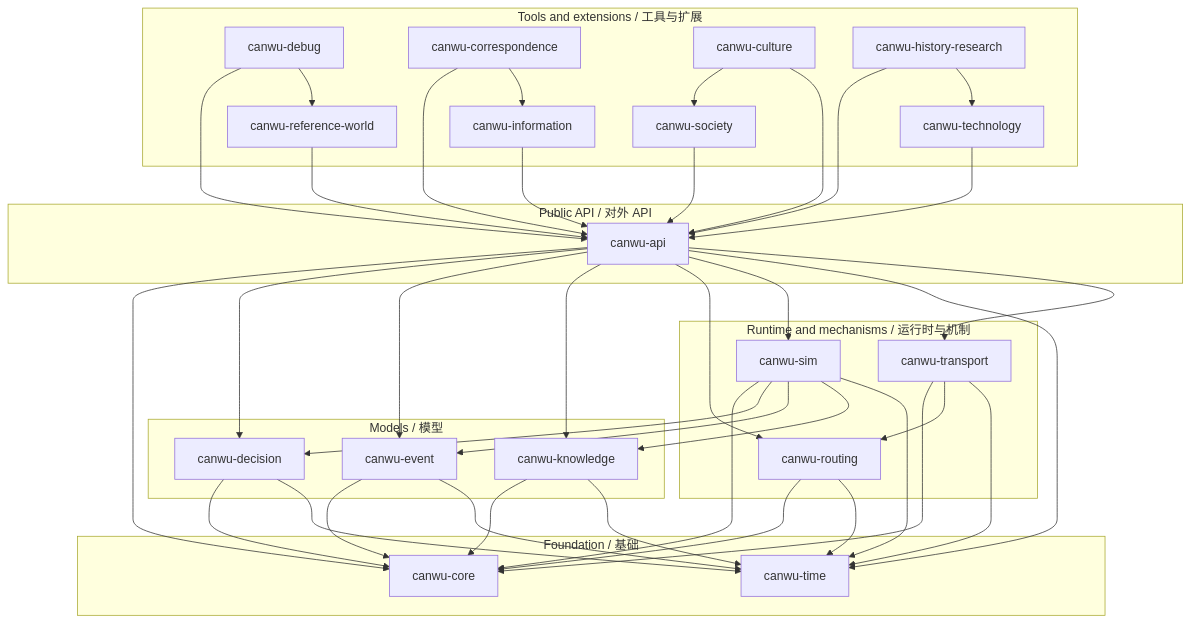
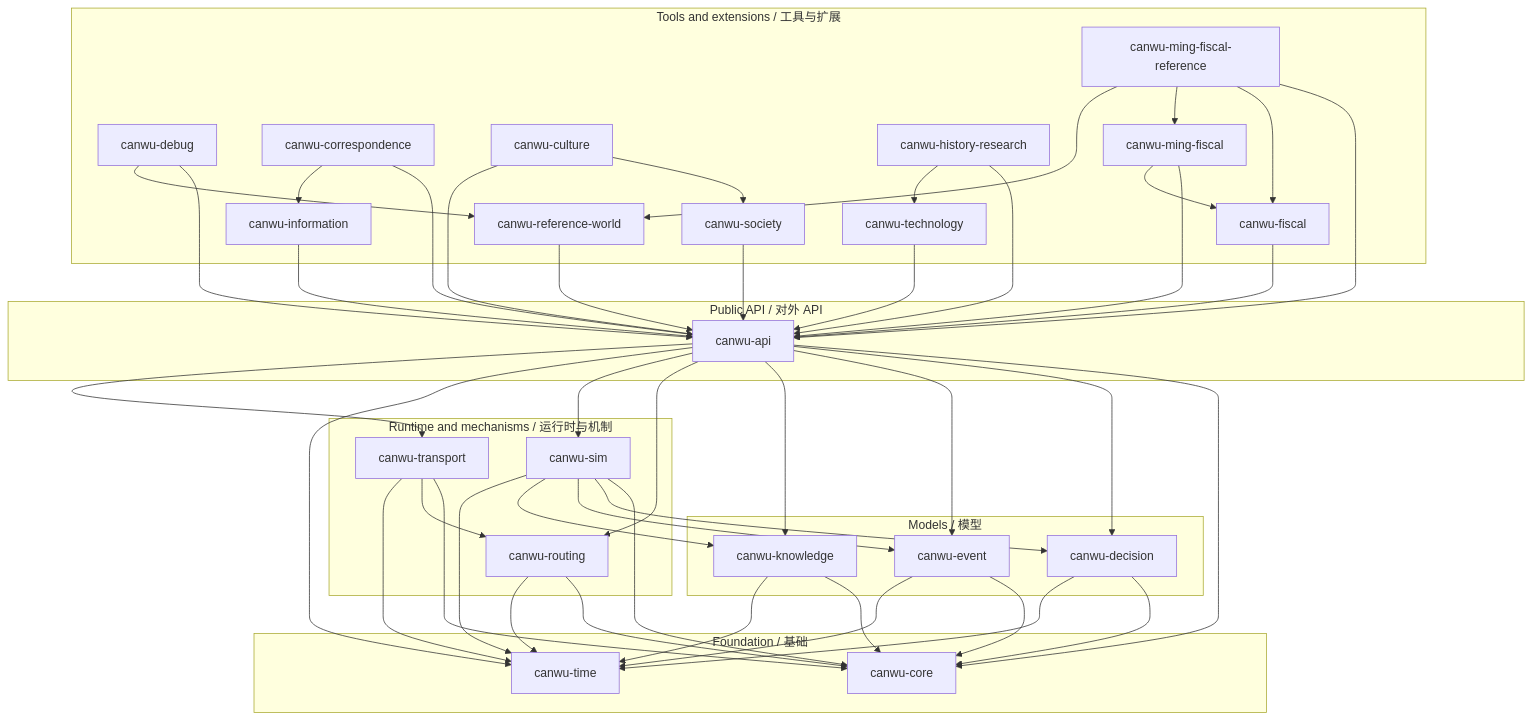
The third of 6 diagrams in docs/architecture.md (PeiyuanQi/canwu), drawn with Mermaid before and after one commit. The commit also changed other lines of this file and 52 other files, not shown here.

Commit message:
feat: add Ming fiscal reference package

```diff
--- a/docs/architecture.md
+++ b/docs/architecture.md
@@ -146,6 +146,9 @@
         Culture["canwu-culture"]
         Technology["canwu-technology"]
         History["canwu-history-research"]
+        Fiscal["canwu-fiscal"]
+        MingFiscal["canwu-ming-fiscal"]
+        MingReference["canwu-ming-fiscal-reference"]
         ReferenceWorld["canwu-reference-world"]
     end
 
@@ -180,6 +183,13 @@
     Technology --> Api
     History --> Api
     History --> Technology
+    Fiscal --> Api
+    MingFiscal --> Api
+    MingFiscal --> Fiscal
+    MingReference --> Api
+    MingReference --> Fiscal
+    MingReference --> MingFiscal
+    MingReference --> ReferenceWorld
 
     Api --> Core
     Api --> Decision
```
